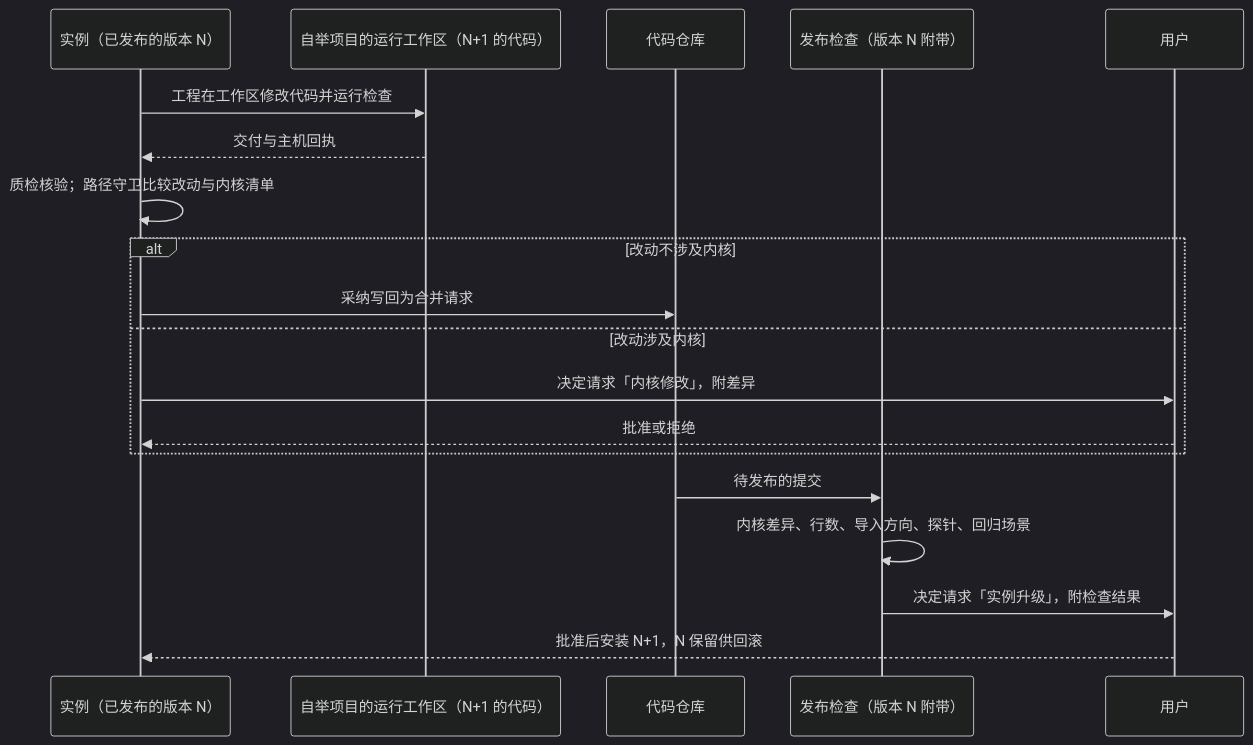
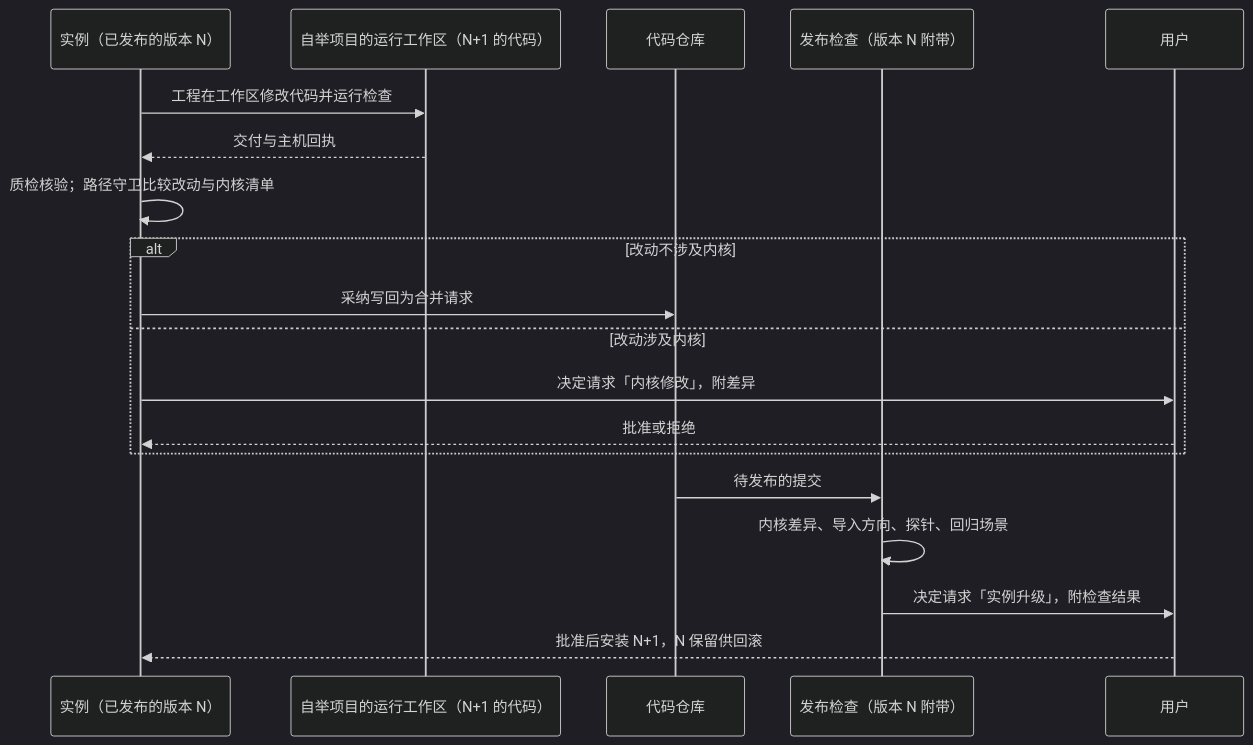
Before and after one commit to bender2333/yudao: the first of 2 diagrams in docs/design/trusted-kernel.md, drawn with Mermaid (dark theme). The commit also changed other lines of this file and 16 other files, not shown here.

````diff
--- a/docs/design/trusted-kernel.md
+++ b/docs/design/trusted-kernel.md
@@ -101,21 +96,21 @@
 ```mermaid
 sequenceDiagram
   participant N as 实例（已发布的版本 N）
   participant W as 自举项目的运行工作区（N+1 的代码）
   participant R as 代码仓库
   participant G as 发布检查（版本 N 附带）
   participant U as 用户
   N->>W: 工程在工作区修改代码并运行检查
   W-->>N: 交付与主机回执
   N->>N: 质检核验；路径守卫比较改动与内核清单
   alt 改动不涉及内核
     N->>R: 采纳写回为合并请求
   else 改动涉及内核
     N->>U: 决定请求「内核修改」，附差异
     U-->>N: 批准或拒绝
   end
   R->>G: 待发布的提交
-  G->>G: 内核差异、行数、导入方向、探针、回归场景
+  G->>G: 内核差异、导入方向、探针、回归场景
   G->>U: 决定请求「实例升级」，附检查结果
   U-->>N: 批准后安装 N+1，N 保留供回滚
 ```
````
